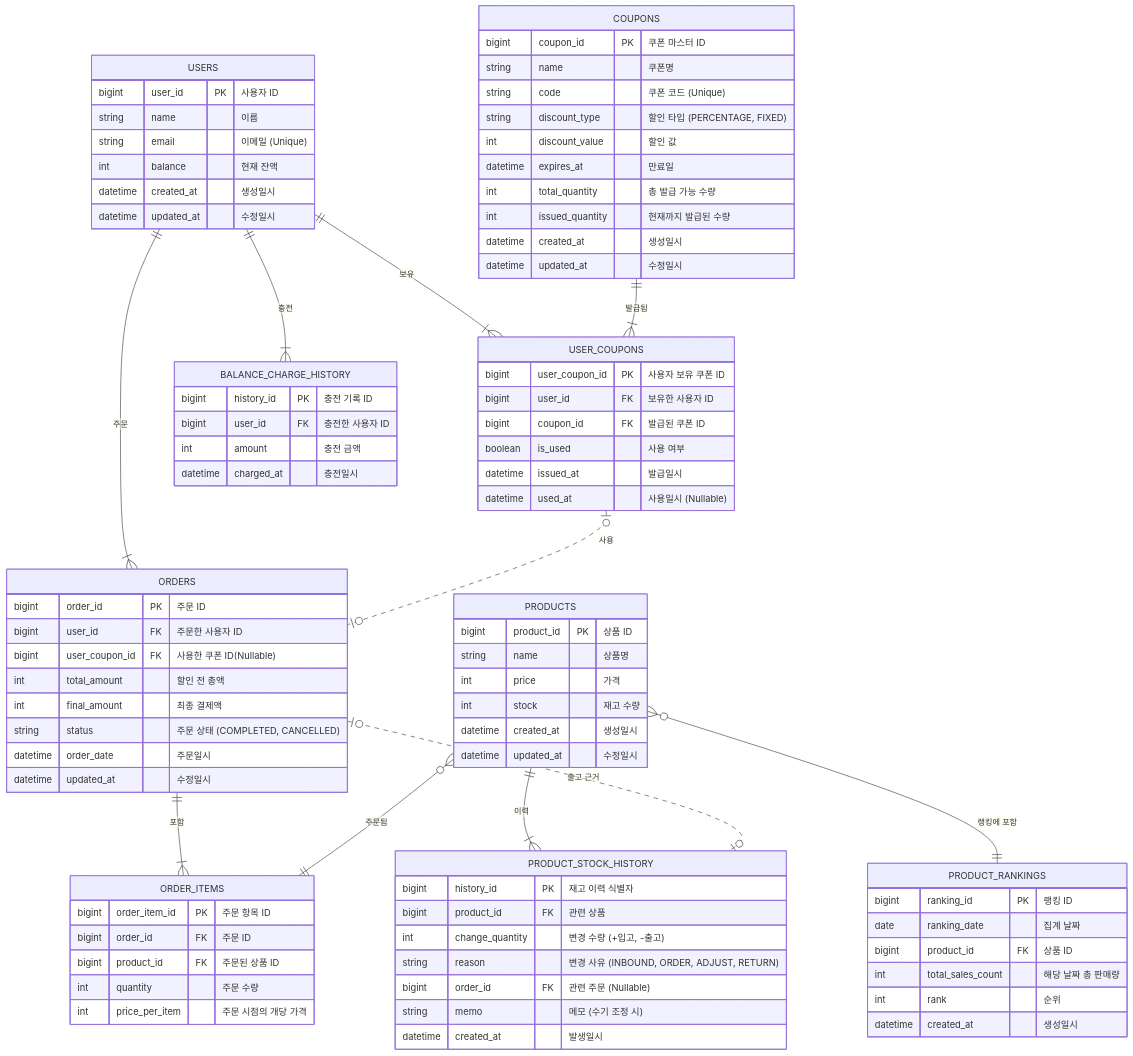
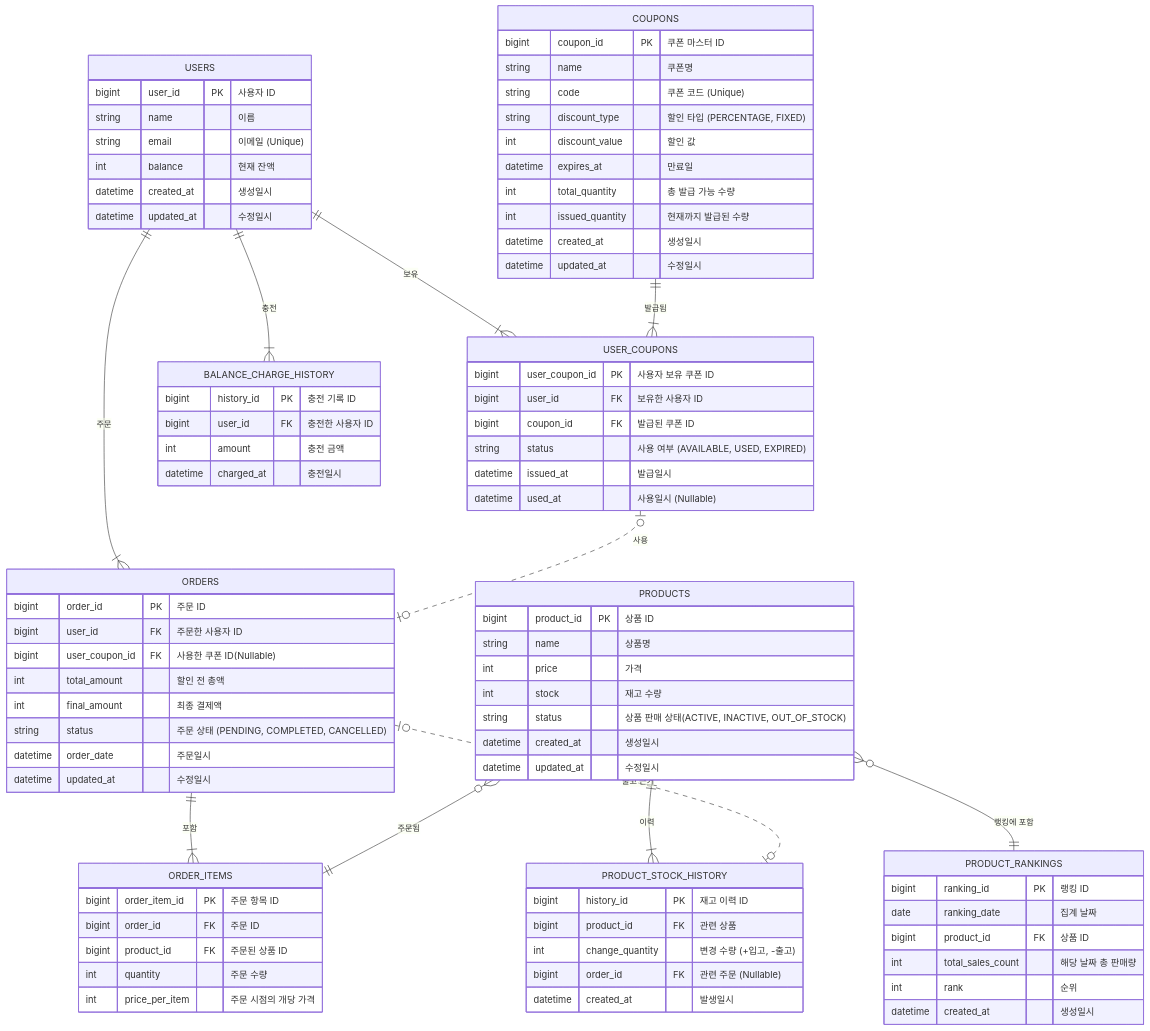
One commit to kbyunghoon/e-commerce changed the diagram in docs/03_erd.md. Above: the diagram before and after it, drawn with Mermaid.

Commit message:
Docs: ERD 문서 enum 수정

```diff
--- a/docs/03_erd.md
+++ b/docs/03_erd.md
@@ -14,6 +14,7 @@
         string name "상품명"
         int price "가격"
         int stock "재고 수량"
+        string status "상품 판매 상태(ACTIVE, INACTIVE, OUT_OF_STOCK)"
         datetime created_at "생성일시"
         datetime updated_at "수정일시"
     }
@@ -24,7 +25,7 @@
         bigint user_coupon_id FK "사용한 쿠폰 ID(Nullable)"
         int total_amount "할인 전 총액"
         int final_amount "최종 결제액"
-        string status "주문 상태 (COMPLETED, CANCELLED)"
+        string status "주문 상태 (PENDING, COMPLETED, CANCELLED)"
         datetime order_date "주문일시"
         datetime updated_at "수정일시"
     }
@@ -38,12 +39,10 @@
     }
 
     PRODUCT_STOCK_HISTORY {
-        bigint history_id PK "재고 이력 식별자"
+        bigint history_id PK "재고 이력 ID"
         bigint product_id FK "관련 상품"
         int change_quantity "변경 수량 (+입고, -출고)"
-        string reason "변경 사유 (INBOUND, ORDER, ADJUST, RETURN)"
         bigint order_id FK "관련 주문 (Nullable)"
-        string memo "메모 (수기 조정 시)"
         datetime created_at "발생일시"
     }
 
@@ -64,7 +63,7 @@
         bigint user_coupon_id PK "사용자 보유 쿠폰 ID"
         bigint user_id FK "보유한 사용자 ID"
         bigint coupon_id FK "발급된 쿠폰 ID"
-        boolean is_used "사용 여부"
+        string status "사용 여부 (AVAILABLE, USED, EXPIRED)"
         datetime issued_at "발급일시"
         datetime used_at "사용일시 (Nullable)"
     }
```
